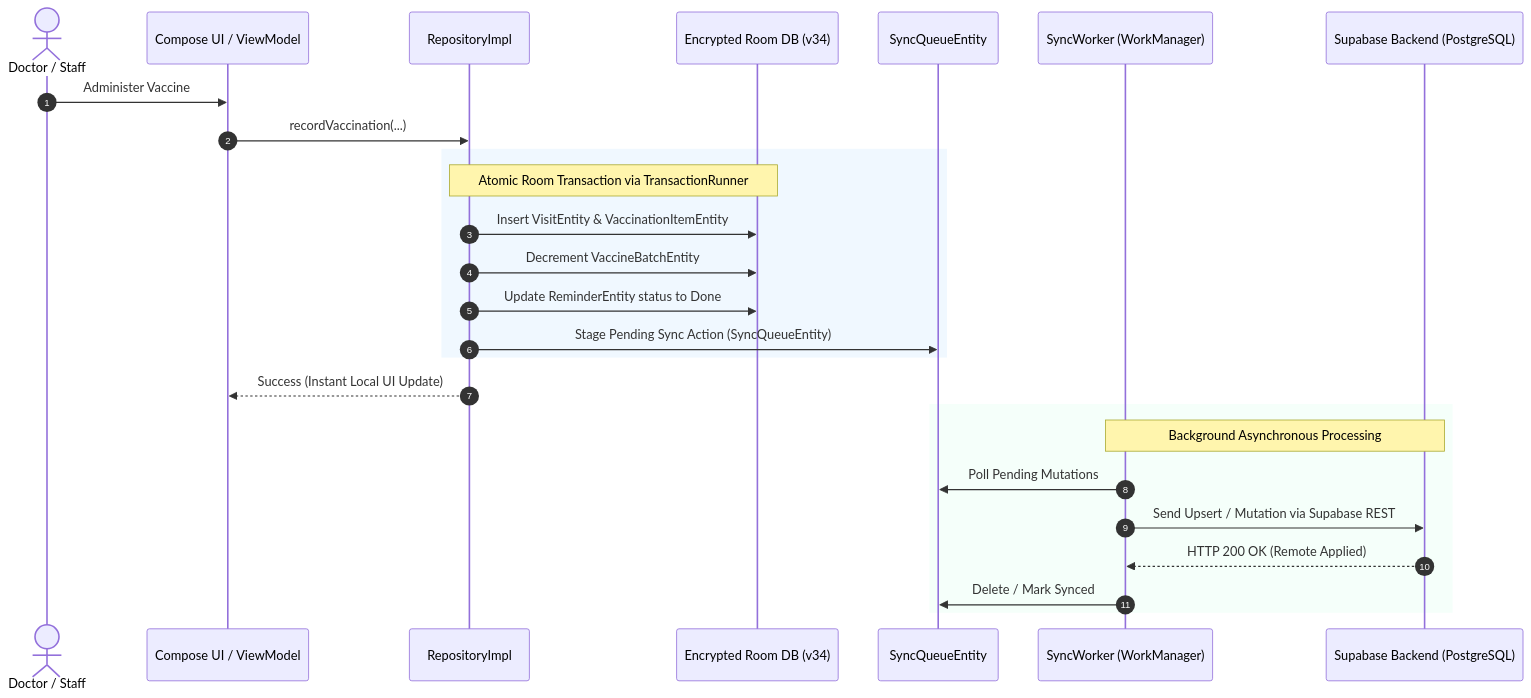
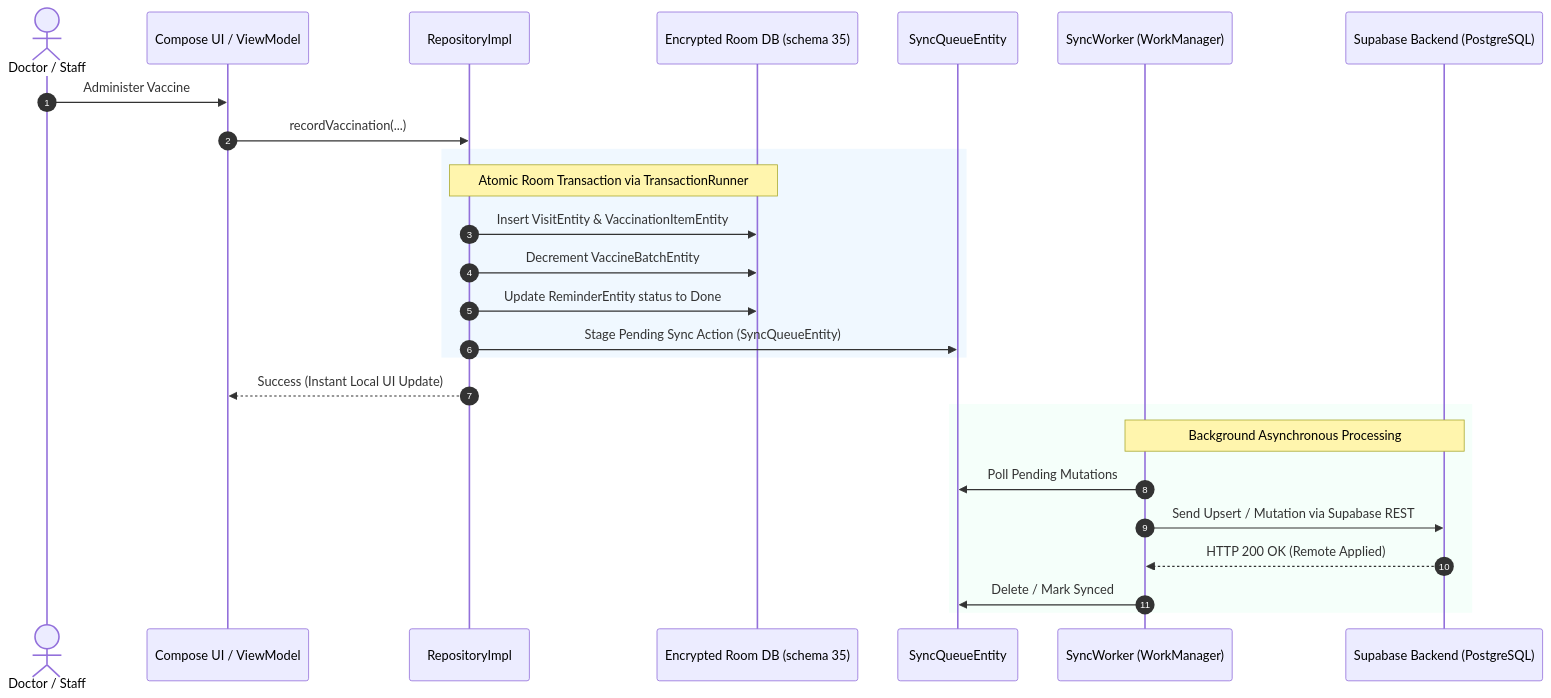
Before and after one commit to CyferBoy/Neo_Child_Clinic: the diagram in docs/agents/PROJECT_ARCHITECTURE.md, drawn with Mermaid. The commit also changed other lines of this file and 302 other files, not shown here.

````diff
--- a/docs/agents/PROJECT_ARCHITECTURE.md
+++ b/docs/agents/PROJECT_ARCHITECTURE.md
@@ -60,30 +60,30 @@
 ```mermaid
 sequenceDiagram
     autonumber
     actor Doctor as Doctor / Staff
     participant UI as Compose UI / ViewModel
     participant Repo as RepositoryImpl
-    participant Room as Encrypted Room DB (v34)
+    participant Room as Encrypted Room DB (schema 35)
     participant Outbox as SyncQueueEntity
     participant Worker as SyncWorker (WorkManager)
     participant Supabase as Supabase Backend (PostgreSQL)
 
     Doctor->>UI: Administer Vaccine
     UI->>Repo: recordVaccination(...)
     rect rgb(240, 248, 255)
         Note over Repo,Room: Atomic Room Transaction via TransactionRunner
         Repo->>Room: Insert VisitEntity & VaccinationItemEntity
         Repo->>Room: Decrement VaccineBatchEntity
         Repo->>Room: Update ReminderEntity status to Done
         Repo->>Outbox: Stage Pending Sync Action (SyncQueueEntity)
     end
     Repo-->>UI: Success (Instant Local UI Update)
     
     rect rgb(245, 255, 250)
         Note over Worker,Supabase: Background Asynchronous Processing
         Worker->>Outbox: Poll Pending Mutations
         Worker->>Supabase: Send Upsert / Mutation via Supabase REST
         Supabase-->>Worker: HTTP 200 OK (Remote Applied)
         Worker->>Outbox: Delete / Mark Synced
     end
 ```
````
